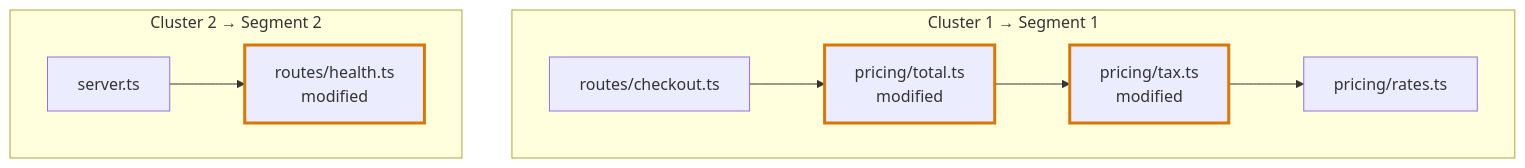
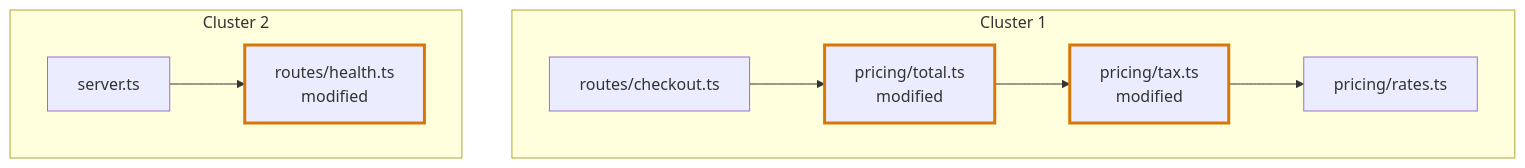
Before and after one commit to kidlat-dakila/flight-plan: the fourth of 4 diagrams in docs/vocabulary/codegraph/import-graph.md, drawn with Mermaid. The commit also changed other lines of this file and 19 other files, not shown here.

Commit message:
feat(codegraph): give the shared segment a journey and keep it out of entry Blast Diagrams

````diff
--- a/docs/vocabulary/codegraph/import-graph.md
+++ b/docs/vocabulary/codegraph/import-graph.md
@@ -119,14 +119,14 @@
 ```mermaid
 flowchart TB
-  subgraph clusterA["Cluster 1 → Segment 1"]
+  subgraph clusterA["Cluster 1"]
     direction LR
     checkout["routes/checkout.ts"] --> total["pricing/total.ts<br/>modified"]:::changed
     total --> tax["pricing/tax.ts<br/>modified"]:::changed
     tax --> rates["pricing/rates.ts"]
   end
-  subgraph clusterB["Cluster 2 → Segment 2"]
+  subgraph clusterB["Cluster 2"]
     direction LR
     server["server.ts"] --> health["routes/health.ts<br/>modified"]:::changed
   end
   classDef changed stroke:#d97706,stroke-width:3px
 ```
````
